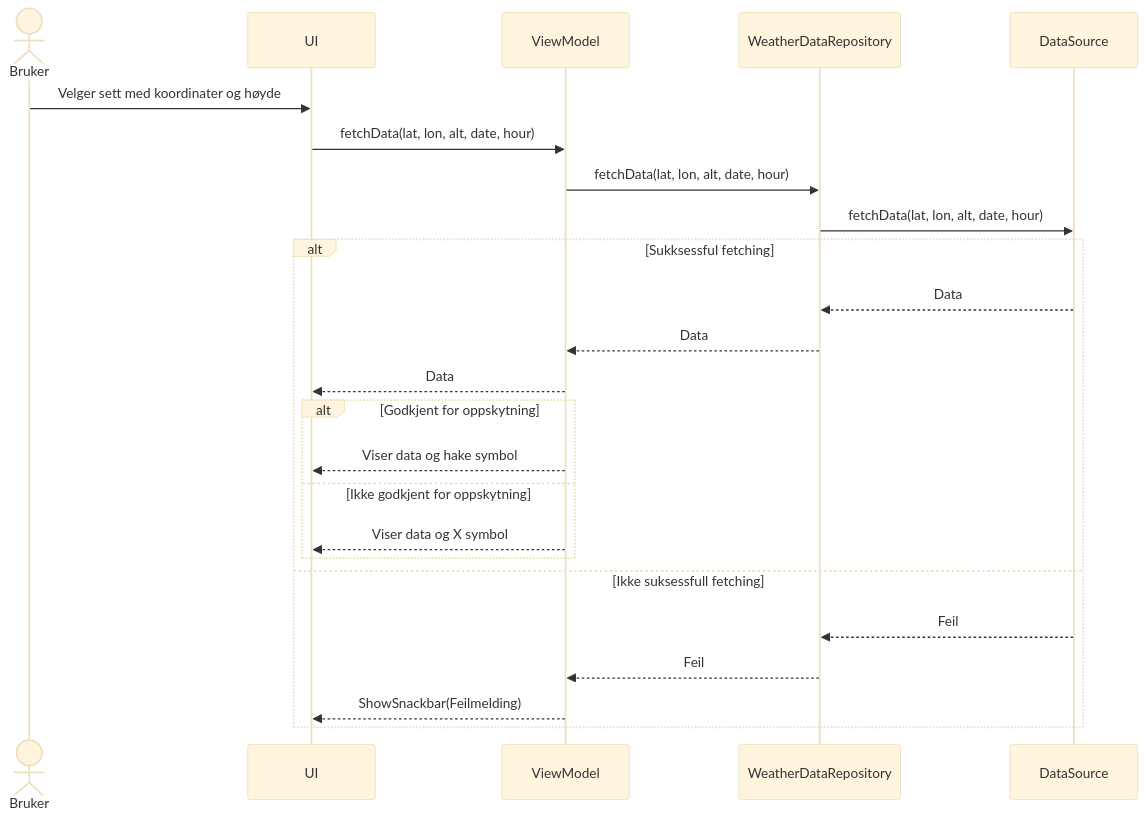
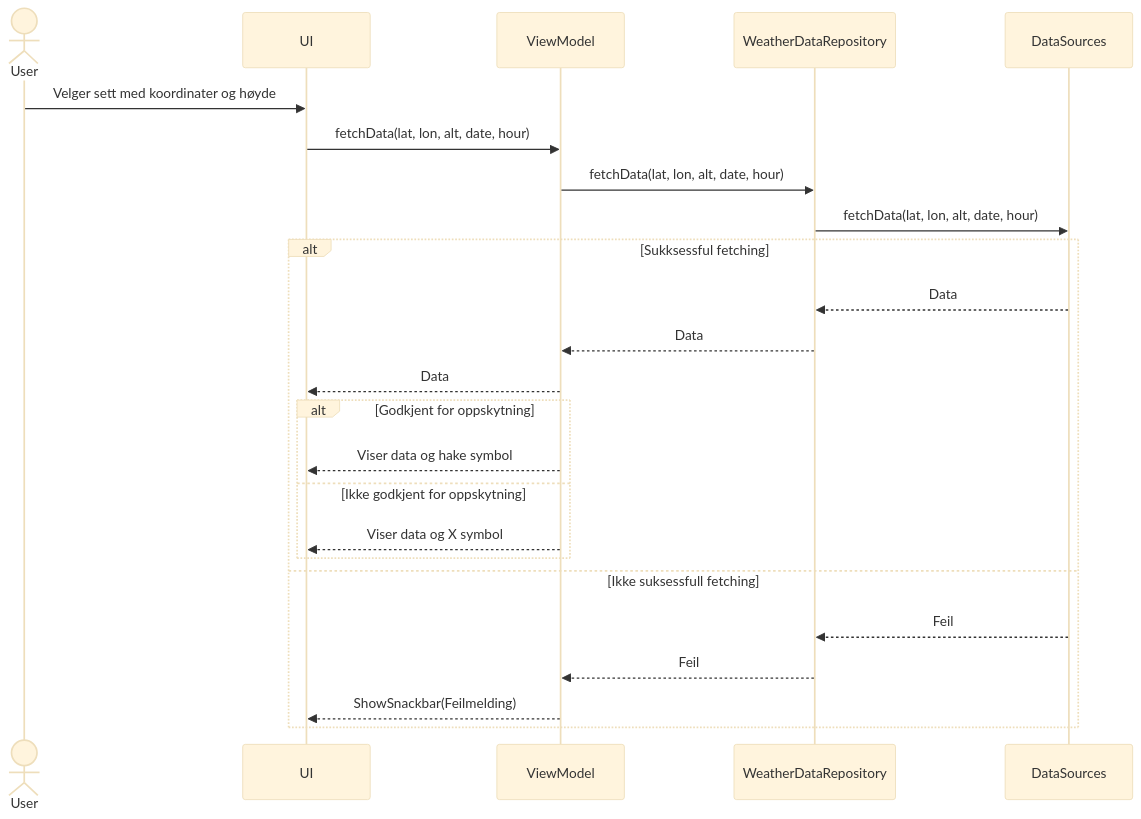
Before and after one commit to Nithusan2002/LiftOff: the first of 2 diagrams in MODELING.md, drawn with Mermaid (base theme).

````diff
--- a/MODELING.md
+++ b/MODELING.md
@@ -7,31 +7,31 @@
 ```mermaid
 sequenceDiagram
-    actor Bruker
+    actor User
     participant UI
     participant ViewModel
     participant WeatherDataRepository
-    participant DataSource
+    participant DataSources
     
-    Bruker->>UI: Velger sett med koordinater og høyde
+    User->>UI: Velger sett med koordinater og høyde
    
     UI->>ViewModel: fetchData(lat, lon, alt, date, hour)
     ViewModel->>WeatherDataRepository: fetchData(lat, lon, alt, date, hour)
-    WeatherDataRepository->>DataSource: fetchData(lat, lon, alt, date, hour)
+    WeatherDataRepository->>DataSources: fetchData(lat, lon, alt, date, hour)
 
     alt Sukksessful fetching
-        DataSource -->> WeatherDataRepository: Data
+        DataSources -->> WeatherDataRepository: Data
         WeatherDataRepository -->> ViewModel: Data
         ViewModel -->> UI: Data
         
         alt Godkjent for oppskytning
             ViewModel -->> UI: Viser data og hake symbol
         else Ikke godkjent for oppskytning
             ViewModel -->> UI: Viser data og X symbol 
         end
 
     else Ikke suksessfull fetching
-        DataSource -->> WeatherDataRepository: Feil
+        DataSources -->> WeatherDataRepository: Feil
         WeatherDataRepository -->> ViewModel: Feil
         ViewModel -->>UI: ShowSnackbar(Feilmelding)
     end
 ```
````
